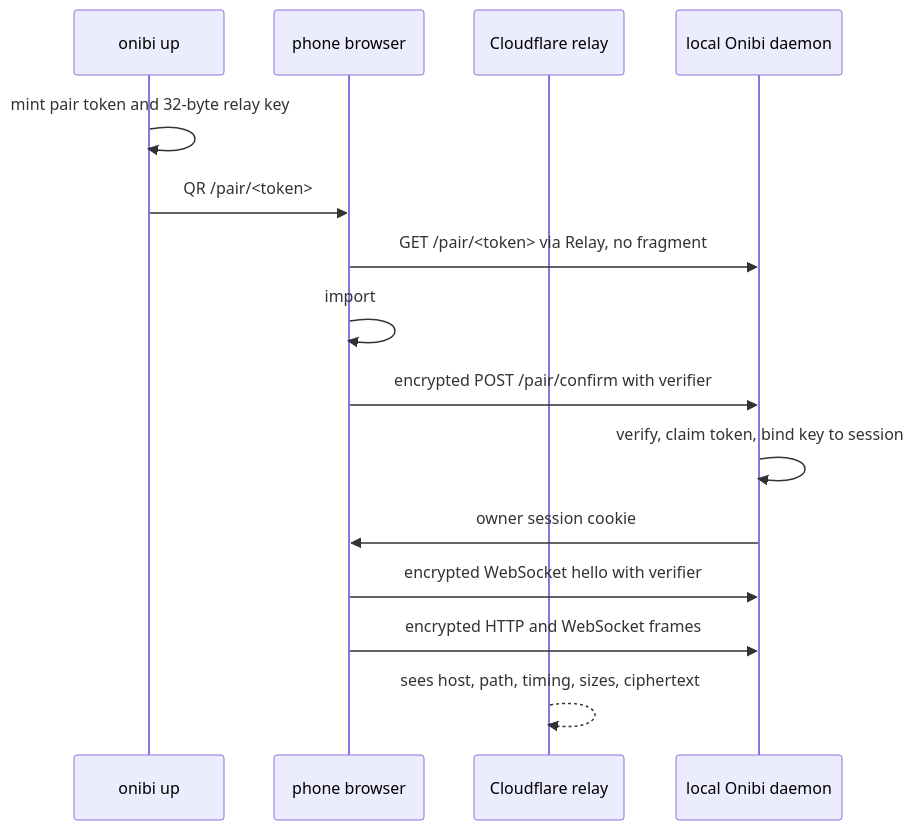
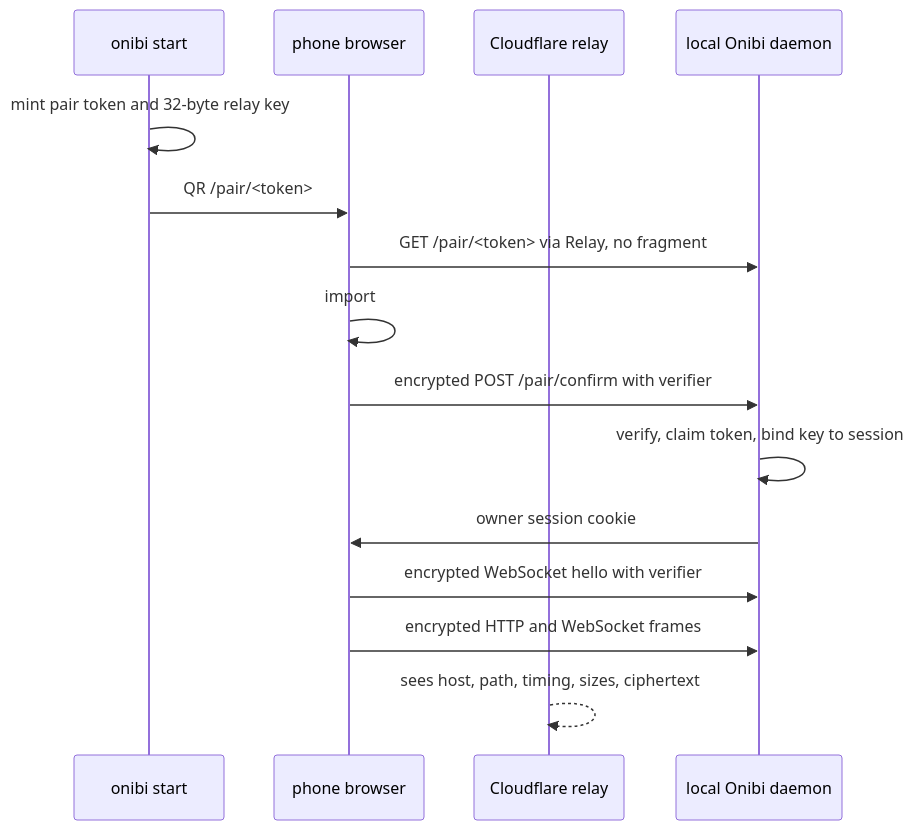
Before and after one commit to gongahkia/onibi: the diagram in docs/blog/2026-e2e-frame-protocol.md, drawn with Mermaid. The commit also changed 78 other files, not shown here.

````diff
--- a/docs/blog/2026-e2e-frame-protocol.md
+++ b/docs/blog/2026-e2e-frame-protocol.md
@@ -18,18 +18,18 @@
 ```mermaid
 sequenceDiagram
-  participant CLI as onibi up
+  participant CLI as onibi start
   participant Phone as phone browser
   participant Relay as Cloudflare relay
   participant Web as local Onibi daemon
 
   CLI->>CLI: mint pair token and 32-byte relay key
   CLI->>Phone: QR /pair/<token>#k=<relay-key>
   Phone->>Web: GET /pair/<token> via Relay, no fragment
   Phone->>Phone: import #k, then remove fragment
   Phone->>Web: encrypted POST /pair/confirm with verifier
   Web->>Web: verify, claim token, bind key to session
   Web->>Phone: owner session cookie
   Phone->>Web: encrypted WebSocket hello with verifier
   Phone->>Web: encrypted HTTP and WebSocket frames
   Relay-->>Relay: sees host, path, timing, sizes, ciphertext
 ```
````
